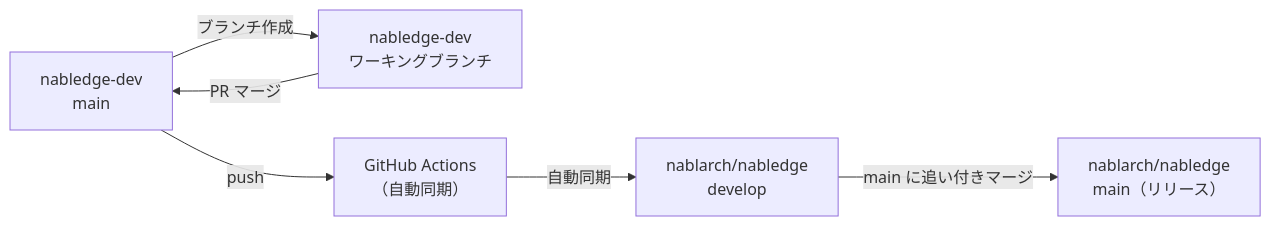
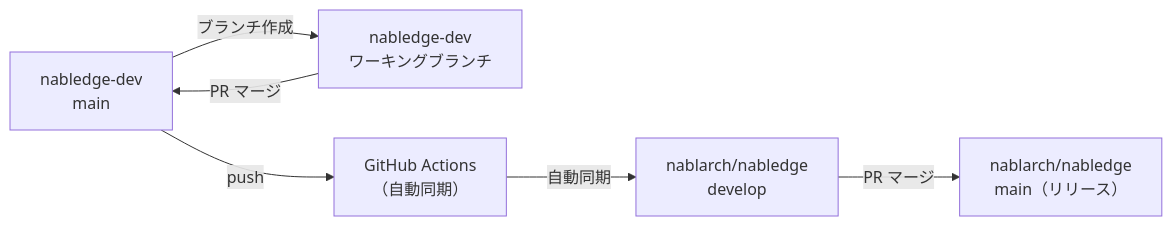
The diagram in README.md (nablarch/nabledge-dev), drawn with Mermaid before and after one commit. The commit also changed other lines of this file and 18 other files, not shown here.

````diff
--- a/README.md
+++ b/README.md
@@ -49,14 +49,14 @@
 ```mermaid
 flowchart LR
     MAIN["nabledge-dev<br/>main"]
     WB["nabledge-dev<br/>ワーキングブランチ"]
     GHA["GitHub Actions<br/>（自動同期）"]
     DEV["nablarch/nabledge<br/>develop"]
     RELEASE["nablarch/nabledge<br/>main（リリース）"]
 
     MAIN -->|"ブランチ作成"| WB
     WB -->|"PR マージ"| MAIN
     MAIN -->|"push"| GHA
     GHA -->|"自動同期"| DEV
-    DEV -->|"main に追い付きマージ"| RELEASE
+    DEV -->|"PR マージ"| RELEASE
 ```
````
